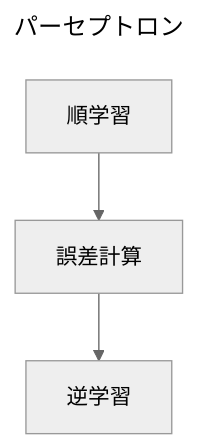
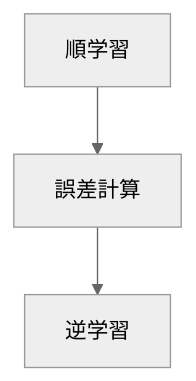
Before and after one commit to Tiamat-KIT/MarkDownMermaid: the diagram in Perceptron.md, drawn with Mermaid (neutral theme).

````diff
--- a/Perceptron.md
+++ b/Perceptron.md
@@ -1,8 +1,5 @@
 ```mermaid
----
-title: パーセプトロン
----
 flowchart TB
   A[順学習]　--> B[誤差計算]
   B --> C[逆学習]
 ```
````
